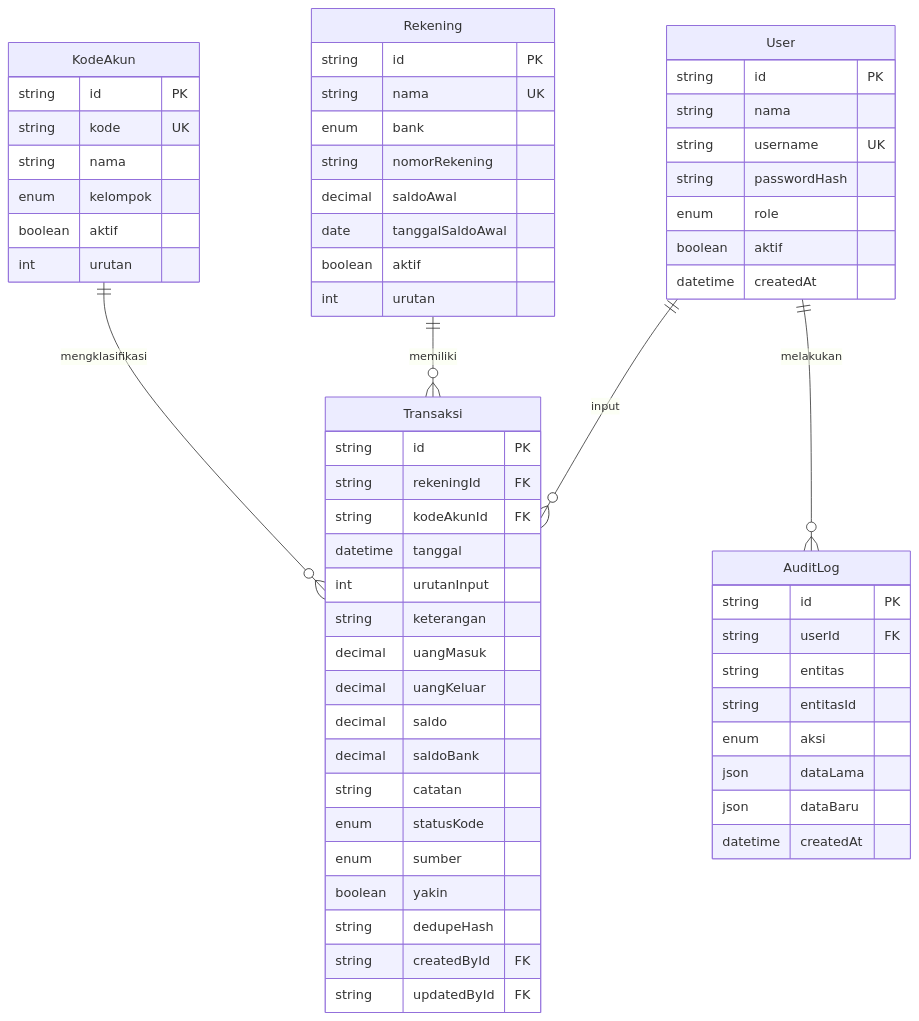
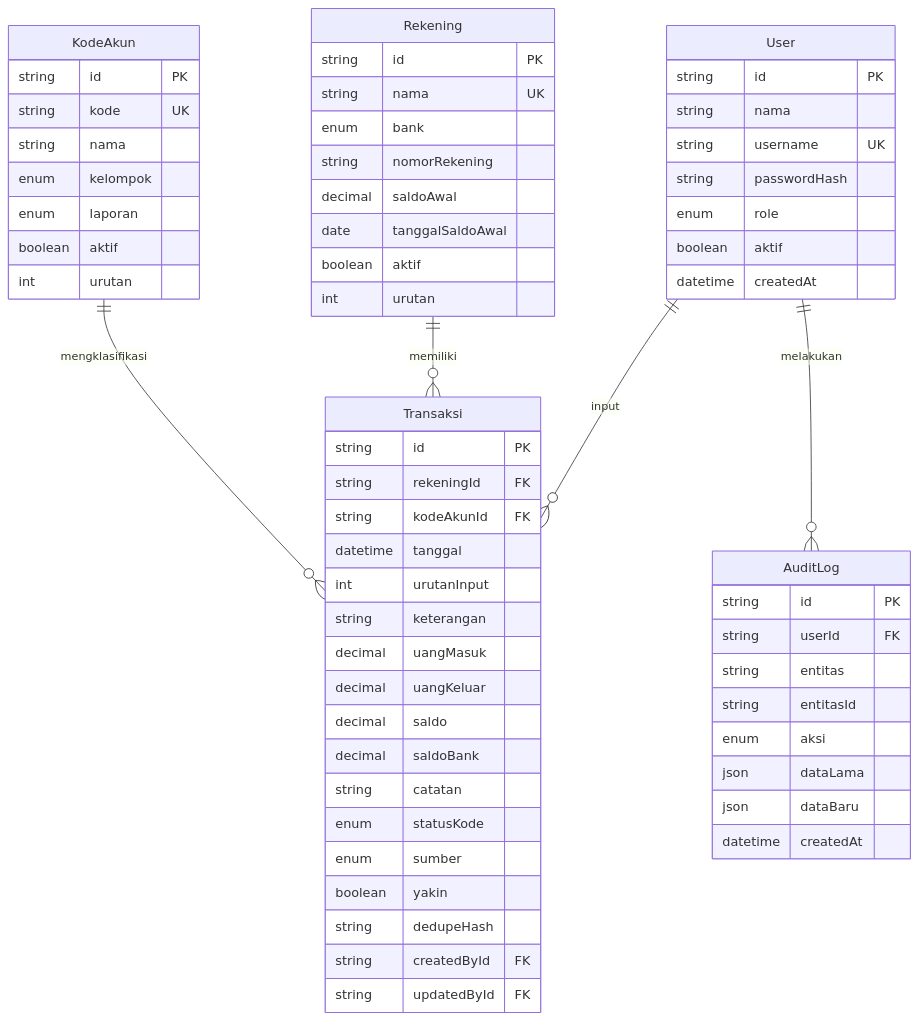
One commit to rizkyzaneva-sukses/zaneva-finance changed the second of 2 diagrams in PRD-zaneva-mutasi-v2.md. Above: the diagram before and after it, drawn with Mermaid. The commit also changed other lines of this file and 70 other files, not shown here.

````diff
--- a/PRD-zaneva-mutasi-v2.md
+++ b/PRD-zaneva-mutasi-v2.md
@@ -268,68 +297,69 @@
 ```mermaid
 erDiagram
     User ||--o{ Transaksi : "input"
     User ||--o{ AuditLog : "melakukan"
     Rekening ||--o{ Transaksi : "memiliki"
     KodeAkun ||--o{ Transaksi : "mengklasifikasi"
 
     User {
         string id PK
         string nama
         string username UK
         string passwordHash
         enum role
         boolean aktif
         datetime createdAt
     }
 
     Rekening {
         string id PK
         string nama UK
         enum bank
         string nomorRekening
         decimal saldoAwal
         date tanggalSaldoAwal
         boolean aktif
         int urutan
     }
 
     KodeAkun {
         string id PK
         string kode UK
         string nama
         enum kelompok
+        enum laporan
         boolean aktif
         int urutan
     }
 
     Transaksi {
         string id PK
         string rekeningId FK
         string kodeAkunId FK
         datetime tanggal
         int urutanInput
         string keterangan
         decimal uangMasuk
         decimal uangKeluar
         decimal saldo
         decimal saldoBank
         string catatan
         enum statusKode
         enum sumber
         boolean yakin
         string dedupeHash
         string createdById FK
         string updatedById FK
     }
 
     AuditLog {
         string id PK
         string userId FK
         string entitas
         string entitasId
         enum aksi
         json dataLama
         json dataBaru
         datetime createdAt
     }
 ```
````
